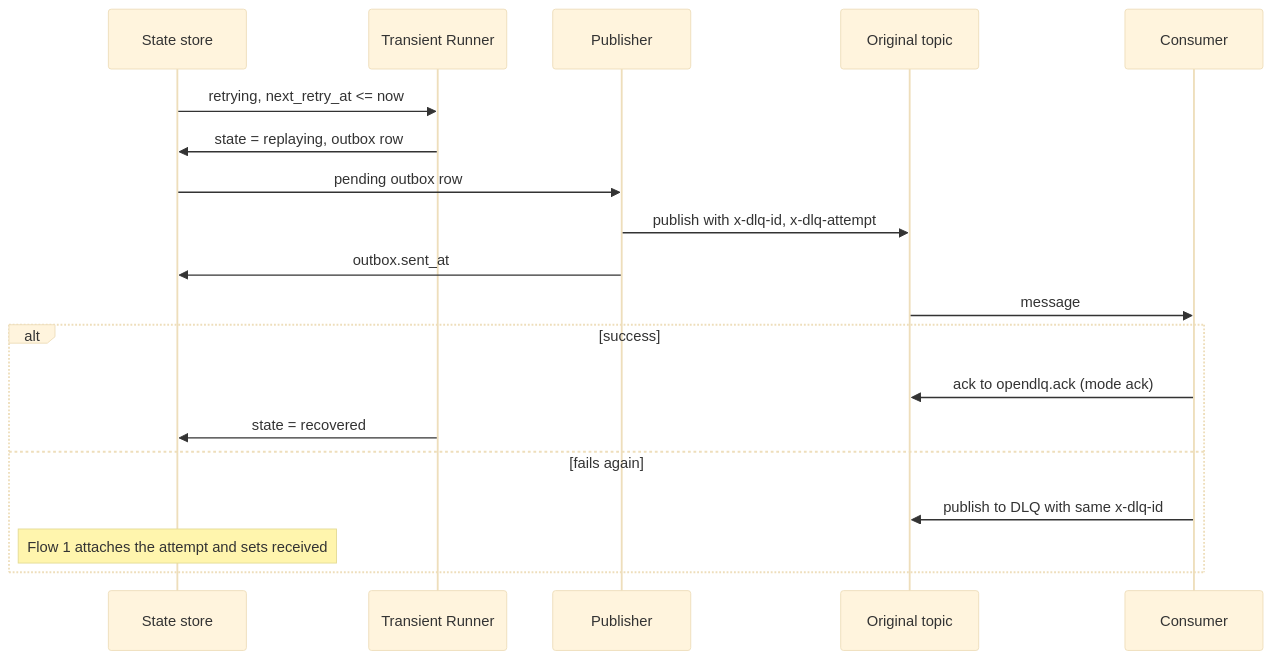
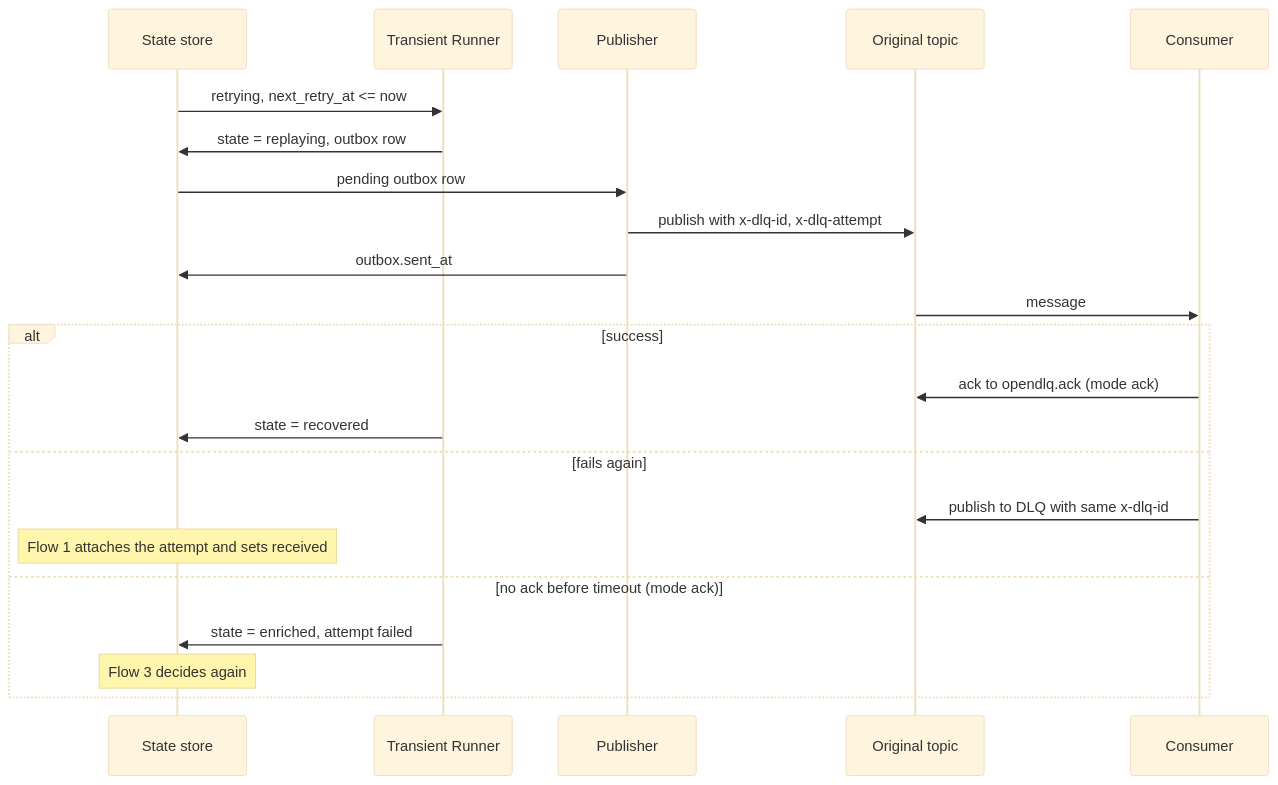
Before and after one commit to opendlq/OpenDLQ: the fourth of 11 diagrams in docs/flows.md, drawn with Mermaid (base theme). The commit also changed other lines of this file, not shown here.

First line of the commit message:
docs: add the anomaly finding flow; return ack timeouts in flow 4

````diff
--- a/docs/flows.md
+++ b/docs/flows.md
@@ -92,21 +93,24 @@
 ```mermaid
 sequenceDiagram
     participant S as State store
     participant T as Transient Runner
     participant Pub as Publisher
     participant Q as Original topic
     participant App as Consumer
     S->>T: retrying, next_retry_at <= now
     T->>S: state = replaying, outbox row
     S->>Pub: pending outbox row
     Pub->>Q: publish with x-dlq-id, x-dlq-attempt
     Pub->>S: outbox.sent_at
     Q->>App: message
     alt success
         App->>Q: ack to opendlq.ack (mode ack)
         T->>S: state = recovered
     else fails again
         App->>Q: publish to DLQ with same x-dlq-id
         Note over S: Flow 1 attaches the attempt and sets received
+    else no ack before timeout (mode ack)
+        T->>S: state = enriched, attempt failed
+        Note over S: Flow 3 decides again
     end
 ```
````
